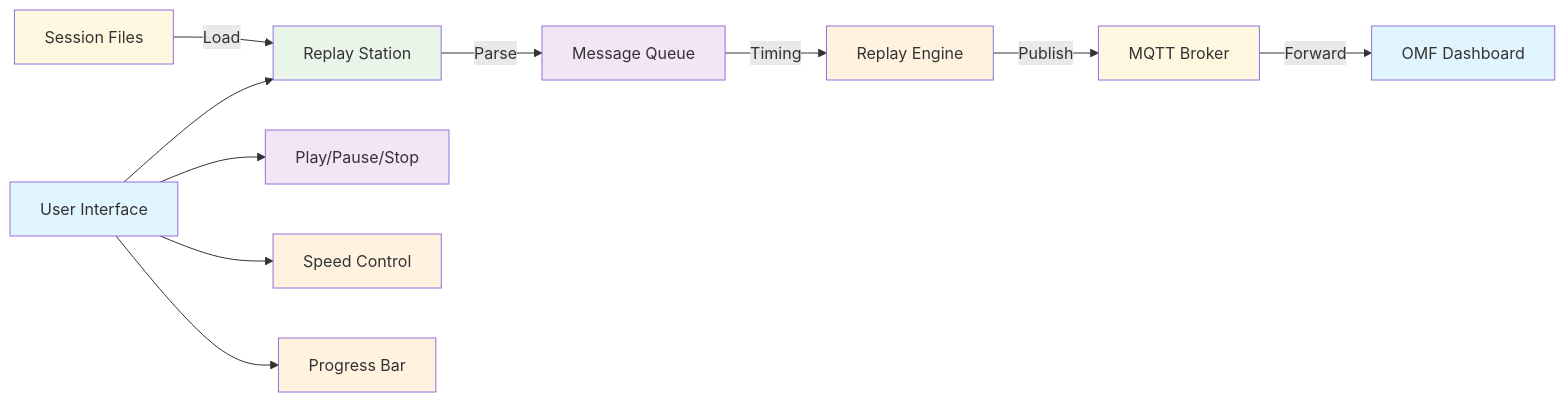
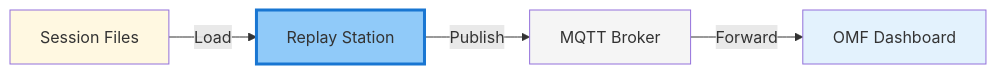
Before and after one commit to OliverBerger-ORBIS/ORBIS-Modellfabrik: the first of 2 diagrams in docs/04-howto/helper_apps/session-manager/replay-station.md, drawn with Mermaid. The commit also changed other lines of this file and 14 other files, not shown here.

First line of the commit message:
feat: update Mermaid color palette and clean up validation rules

````diff
--- a/docs/04-howto/helper_apps/session-manager/replay-station.md
+++ b/docs/04-howto/helper_apps/session-manager/replay-station.md
@@ -9,24 +15,11 @@
 ```mermaid
 graph LR
     A[Session Files] -->|Load| B[Replay Station]
-    B -->|Parse| C[Message Queue]
-    C -->|Timing| D[Replay Engine]
-    D -->|Publish| E[MQTT Broker]
-    E -->|Forward| F[OMF Dashboard]
-    
-    G[User Interface] --> B
-    G --> H[Play/Pause/Stop]
-    G --> I[Speed Control]
-    G --> J[Progress Bar]
+    B -->|Publish| C[MQTT Broker]
+    C -->|Forward| D[OMF Dashboard]
     
     style A fill:#fff8e1
-    style B fill:#e8f5e8
-    style C fill:#f3e5f5
-    style D fill:#fff3e0
-    style E fill:#fff8e1
-    style F fill:#e1f5fe
-    style G fill:#e1f5fe
-    style H fill:#f3e5f5
-    style I fill:#fff3e0
-    style J fill:#fff3e0
+    style B fill:#90caf9,stroke:#1976d2,stroke-width:3px
+    style C fill:#f5f5f5
+    style D fill:#e3f2fd
 ```
````
